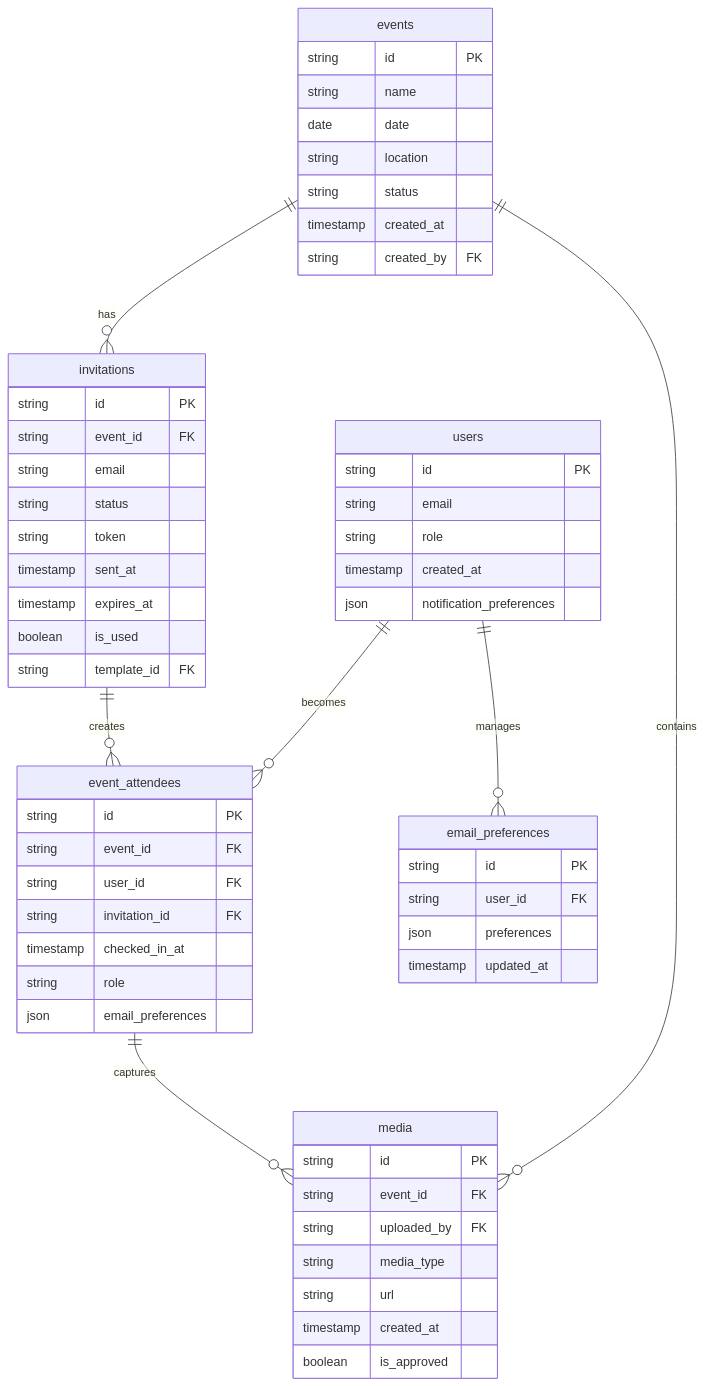
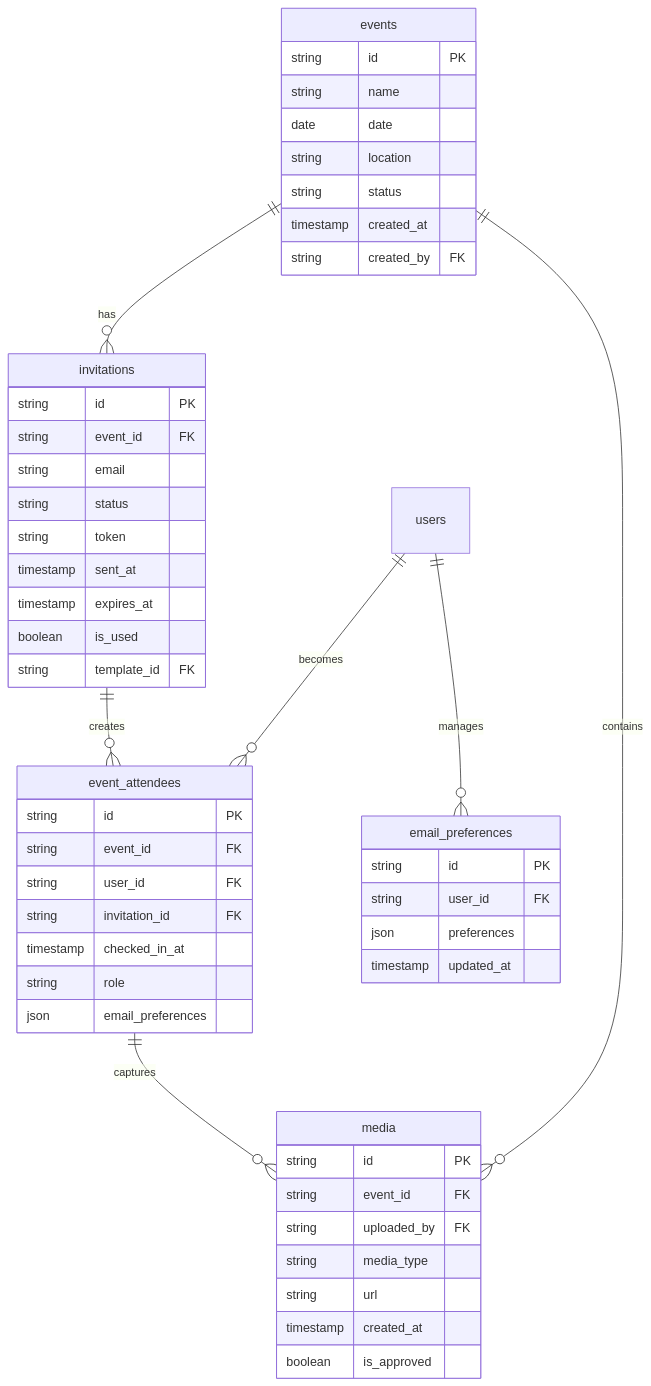
One commit to mrj0nesmtl/cloud-burst changed the diagram in docs/user-flows/invitation_system_development_plan.md. Above: the diagram before and after it, drawn with Mermaid. The commit also changed other lines of this file and 42 other files, not shown here.

````diff
--- a/docs/user-flows/invitation_system_development_plan.md
+++ b/docs/user-flows/invitation_system_development_plan.md
@@ -91,66 +102,58 @@
 ```mermaid
 erDiagram
     events ||--o{ invitations : has
     invitations ||--o{ event_attendees : creates
     users ||--o{ event_attendees : becomes
     event_attendees ||--o{ media : captures
     events ||--o{ media : contains
     users ||--o{ email_preferences : manages
     
     events {
         string id PK
         string name
         date date
         string location
         string status
         timestamp created_at
         string created_by FK
     }
     
     invitations {
         string id PK
         string event_id FK
         string email
         string status
         string token
         timestamp sent_at
         timestamp expires_at
         boolean is_used
         string template_id FK
     }
     
     event_attendees {
         string id PK
         string event_id FK
         string user_id FK
         string invitation_id FK
         timestamp checked_in_at
         string role
         json email_preferences
     }
     
-    users {
-        string id PK
-        string email
-        string role
-        timestamp created_at
-        json notification_preferences
-    }
-    
     media {
         string id PK
         string event_id FK
         string uploaded_by FK
         string media_type
         string url
         timestamp created_at
         boolean is_approved
     }
     
     email_preferences {
         string id PK
         string user_id FK
         json preferences
         timestamp updated_at
     }
 ```
````
